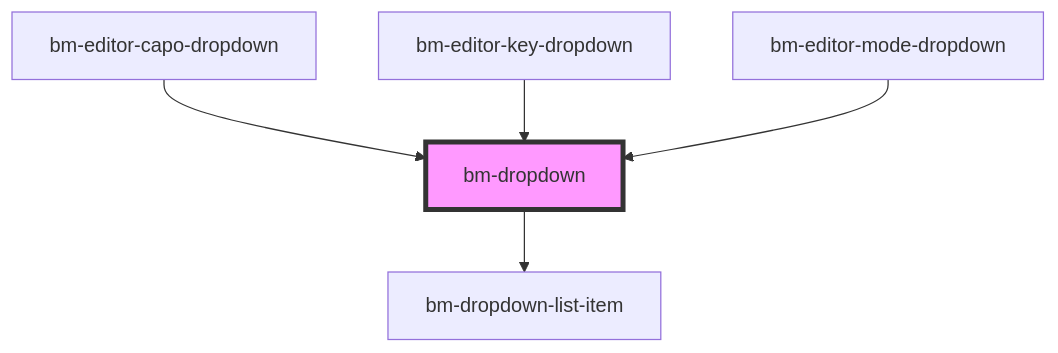
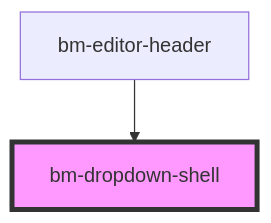
One commit to bettermusic/studio changed the diagram in packages/studio/src/components/ui/dropdown-shell/readme.md. Above: the diagram before and after it, drawn with Mermaid. The commit also changed other lines of this file and 170 other files, not shown here.

````diff
--- a/packages/studio/src/components/ui/dropdown-shell/readme.md
+++ b/packages/studio/src/components/ui/dropdown-shell/readme.md
@@ -80,8 +75,5 @@
 ```mermaid
 graph TD;
-  bm-dropdown --> bm-dropdown-list-item
-  bm-editor-capo-dropdown --> bm-dropdown
-  bm-editor-key-dropdown --> bm-dropdown
-  bm-editor-mode-dropdown --> bm-dropdown
-  style bm-dropdown fill:#f9f,stroke:#333,stroke-width:4px
+  bm-editor-header --> bm-dropdown-shell
+  style bm-dropdown-shell fill:#f9f,stroke:#333,stroke-width:4px
 ```
````
